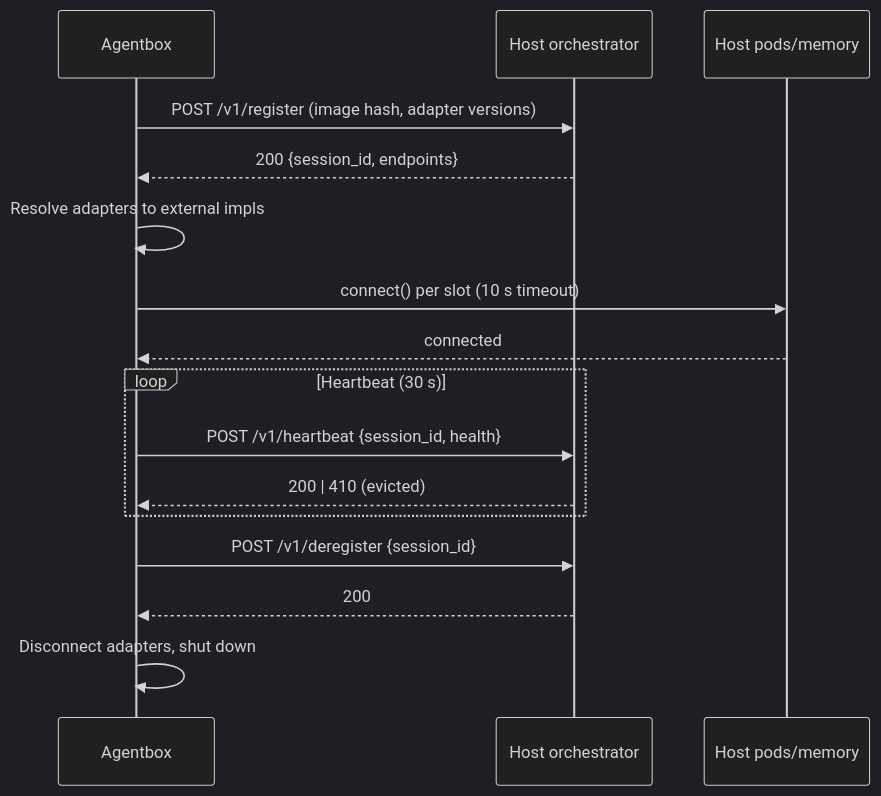
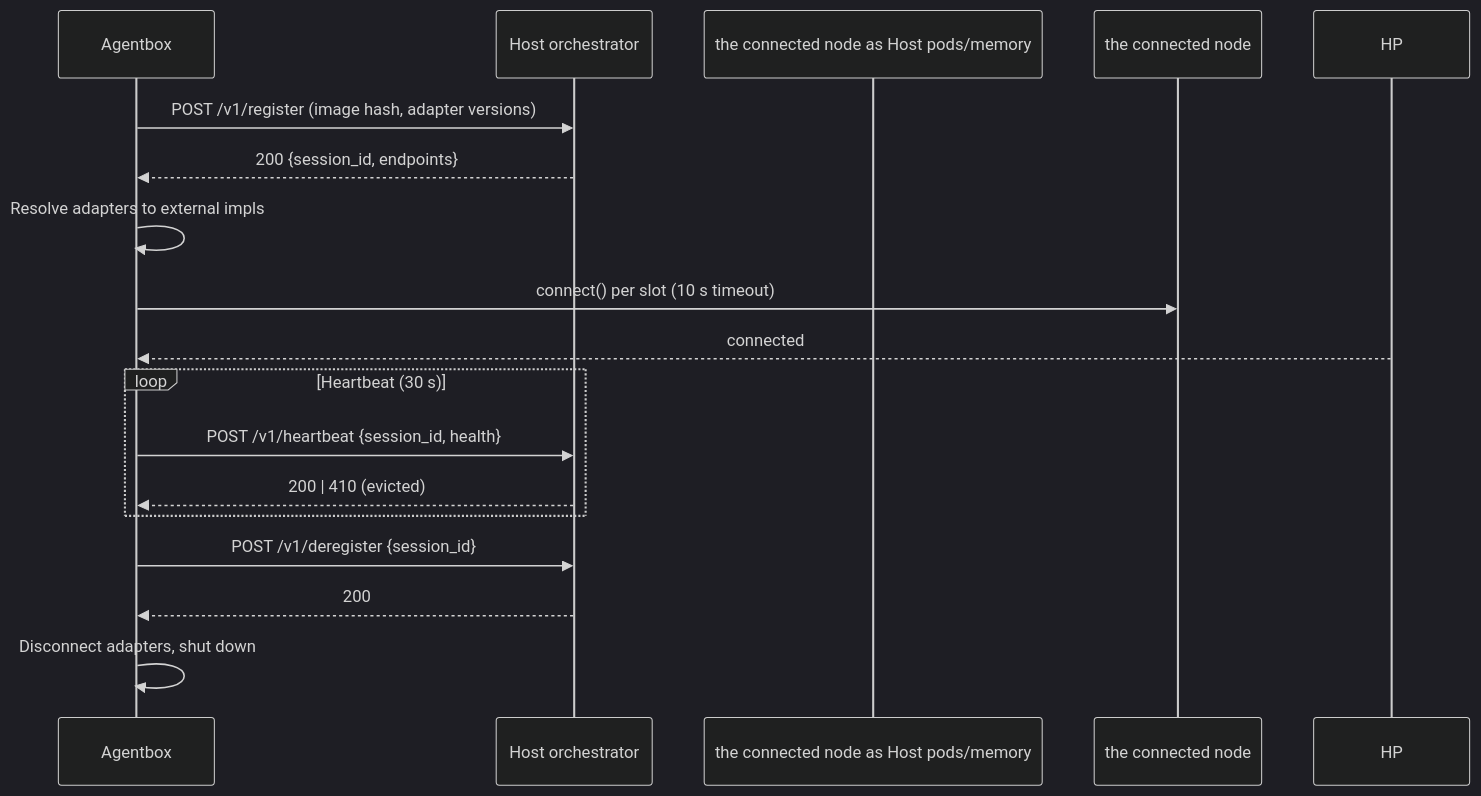
The third of 4 diagrams in docs/developer/architecture.md (DreamLab-AI/agentbox), drawn with Mermaid (dark theme) before and after one commit. The commit also changed 136 other files, not shown here.

````diff
--- a/docs/developer/architecture.md
+++ b/docs/developer/architecture.md
@@ -181,21 +181,21 @@
 ```mermaid
 sequenceDiagram
     participant AB as Agentbox
     participant HO as Host orchestrator
-    participant HP as Host pods/memory
+    participant the connected node as Host pods/memory
 
     AB->>HO: POST /v1/register (image hash, adapter versions)
     HO-->>AB: 200 {session_id, endpoints}
     AB->>AB: Resolve adapters to external impls
-    AB->>HP: connect() per slot (10 s timeout)
+    AB->>the connected node: connect() per slot (10 s timeout)
     HP-->>AB: connected
 
     loop Heartbeat (30 s)
         AB->>HO: POST /v1/heartbeat {session_id, health}
         HO-->>AB: 200 | 410 (evicted)
     end
 
     AB->>HO: POST /v1/deregister {session_id}
     HO-->>AB: 200
     AB->>AB: Disconnect adapters, shut down
 ```
````
